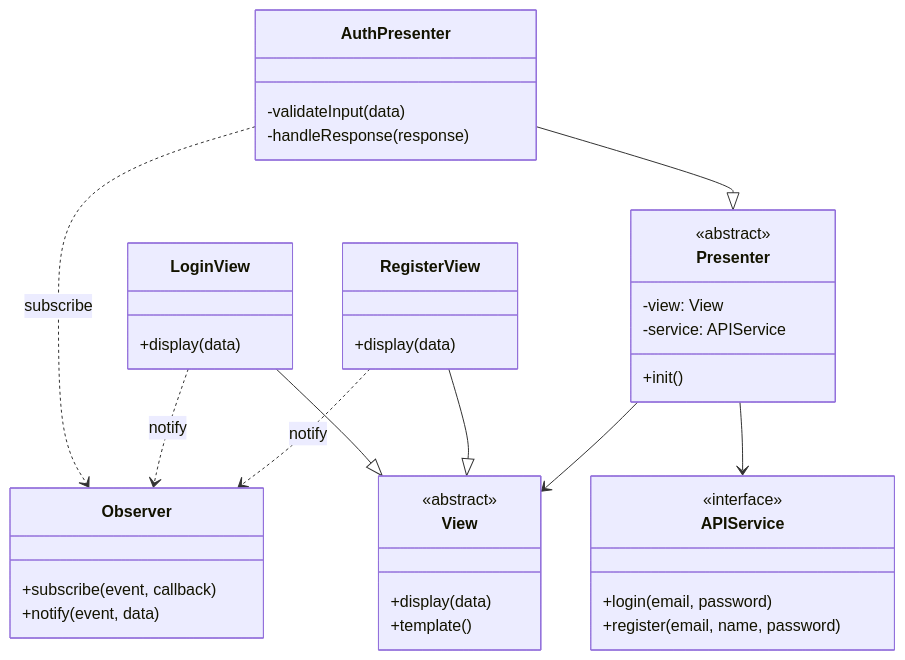
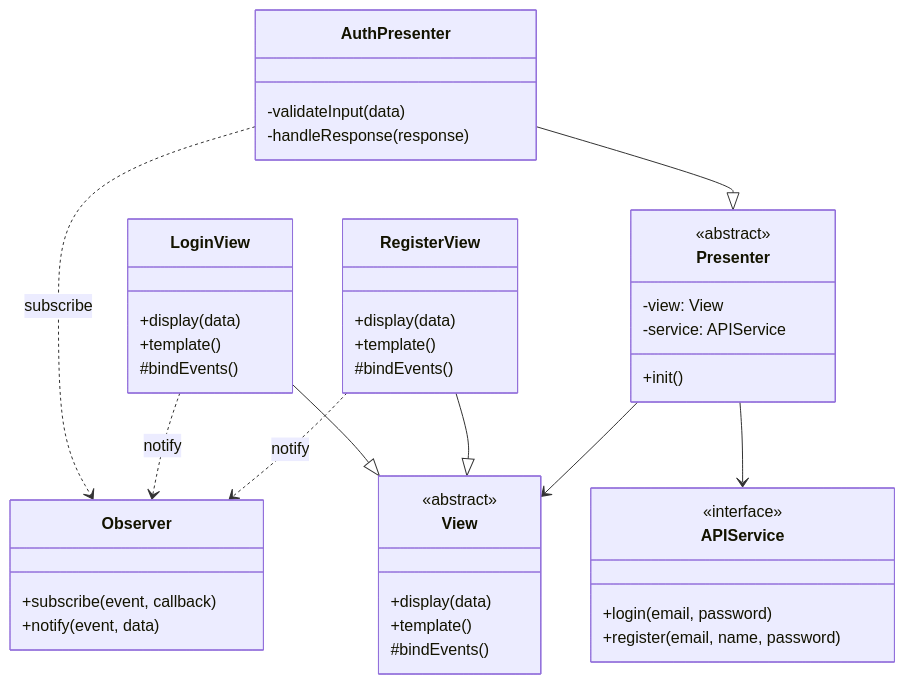
Before and after one commit to mb4dev/progetto-prova: the fourth of 7 diagrams in documentazione_v2/UC01.md, drawn with Mermaid. The commit also changed 4 other files, not shown here.

````diff
--- a/documentazione_v2/UC01.md
+++ b/documentazione_v2/UC01.md
@@ -96,49 +96,54 @@
 ``` mermaid 
 classDiagram
     class Observer {
         +subscribe(event, callback)
         +notify(event, data)
     }
 
     class View {
         <<abstract>>
         +display(data)
         +template()
+        #bindEvents()
     }
 
     class LoginView {
         +display(data)
+        +template()
+        #bindEvents()
     }
 
     class RegisterView {
         +display(data)
+        +template()
+        #bindEvents()
     }
 
     class Presenter {
         <<abstract>>
         -view: View
         -service: APIService
         +init()
     }
 
     class AuthPresenter {
         -validateInput(data)
         -handleResponse(response)
     }
 
     class APIService {
         <<interface>>
         +login(email, password)
         +register(email, name, password)
     }
 
     LoginView --|> View
     RegisterView --|> View
     AuthPresenter --|> Presenter
     Presenter --> View
     Presenter --> APIService
     
     AuthPresenter ..> Observer : subscribe
     LoginView ..> Observer : notify
     RegisterView ..> Observer : notify
 ```
````
